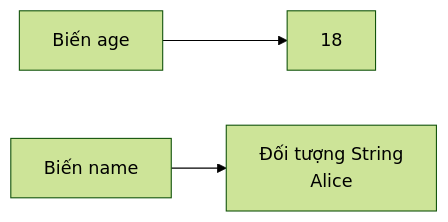
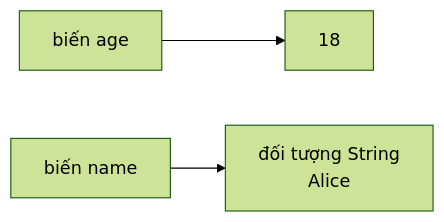
Before and after one commit to PhuThien2005/theoretical-of-java-core: the first of 4 diagrams in vi/03-data-types/theory/02-reference-types.md, drawn with Mermaid (forest theme). The commit also changed other lines of this file and 229 other files, not shown here.

````diff
--- a/vi/03-data-types/theory/02-reference-types.md
+++ b/vi/03-data-types/theory/02-reference-types.md
@@ -34,5 +34,5 @@
 ```mermaid
 flowchart LR
-    A[Biến age] --> B[18]
-    C[Biến name] --> D[Đối tượng String<br>Alice]
+    A[biến age] --> B[18]
+    C[biến name] --> D[đối tượng String<br>Alice]
 ```
````
